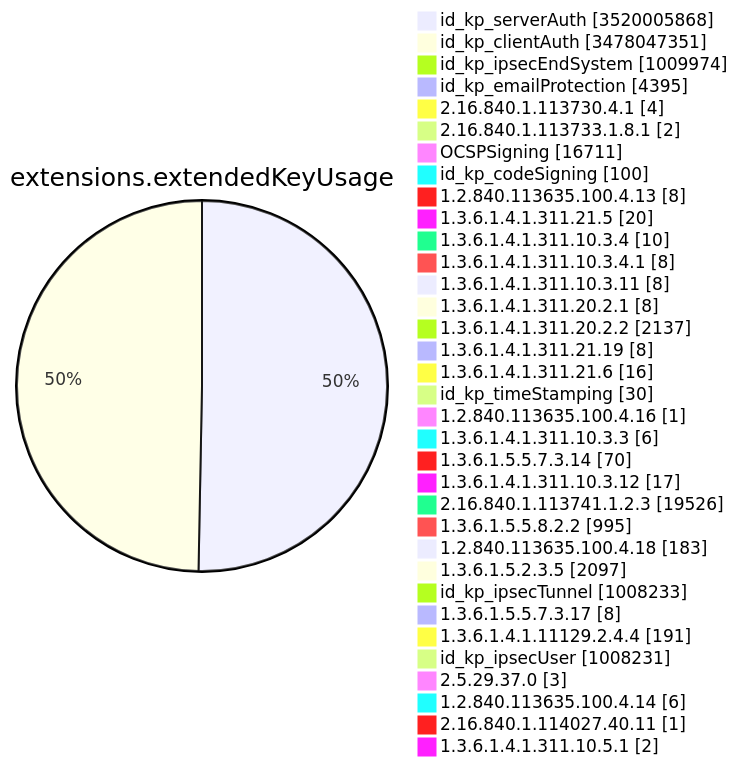
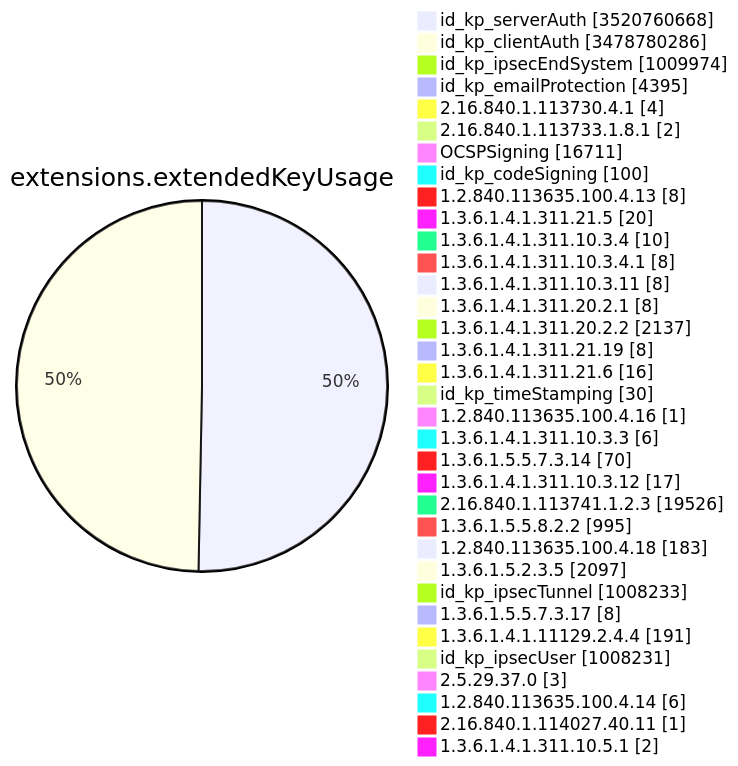
Before and after one commit to christiankrug/ctmonitor_visualization: diagram 11 of 15 in TOTAL/README.md, drawn with Mermaid. The commit also changed other lines of this file, not shown here.

````diff
--- a/TOTAL/README.md
+++ b/TOTAL/README.md
@@ -4126,38 +4126,38 @@
 ```mermaid
 pie showData
 title extensions.extendedKeyUsage
-"id_kp_serverAuth" :3520005868
-"id_kp_clientAuth" :3478047351
+"id_kp_serverAuth" :3520760668
+"id_kp_clientAuth" :3478780286
 "id_kp_ipsecEndSystem" :1009974
 "id_kp_emailProtection" :4395
 "2.16.840.1.113730.4.1" :4
 "2.16.840.1.113733.1.8.1" :2
 "OCSPSigning" :16711
 "id_kp_codeSigning" :100
 "1.2.840.113635.100.4.13" :8
 "1.3.6.1.4.1.311.21.5" :20
 "1.3.6.1.4.1.311.10.3.4" :10
 "1.3.6.1.4.1.311.10.3.4.1" :8
 "1.3.6.1.4.1.311.10.3.11" :8
 "1.3.6.1.4.1.311.20.2.1" :8
 "1.3.6.1.4.1.311.20.2.2" :2137
 "1.3.6.1.4.1.311.21.19" :8
 "1.3.6.1.4.1.311.21.6" :16
 "id_kp_timeStamping" :30
 "1.2.840.113635.100.4.16" :1
 "1.3.6.1.4.1.311.10.3.3" :6
 "1.3.6.1.5.5.7.3.14" :70
 "1.3.6.1.4.1.311.10.3.12" :17
 "2.16.840.1.113741.1.2.3" :19526
 "1.3.6.1.5.5.8.2.2" :995
 "1.2.840.113635.100.4.18" :183
 "1.3.6.1.5.2.3.5" :2097
 "id_kp_ipsecTunnel" :1008233
 "1.3.6.1.5.5.7.3.17" :8
 "1.3.6.1.4.1.11129.2.4.4" :191
 "id_kp_ipsecUser" :1008231
 "2.5.29.37.0" :3
 "1.2.840.113635.100.4.14" :6
 "2.16.840.1.114027.40.11" :1
 "1.3.6.1.4.1.311.10.5.1" :2
 ```
````
